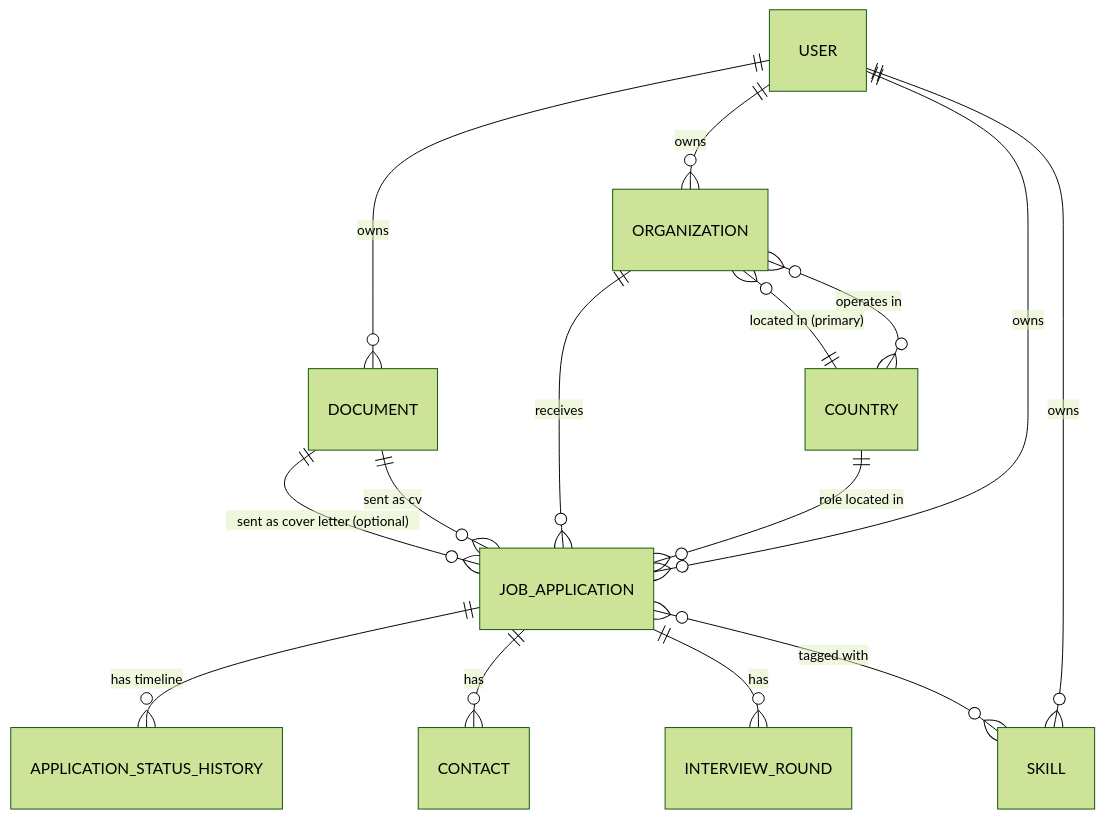
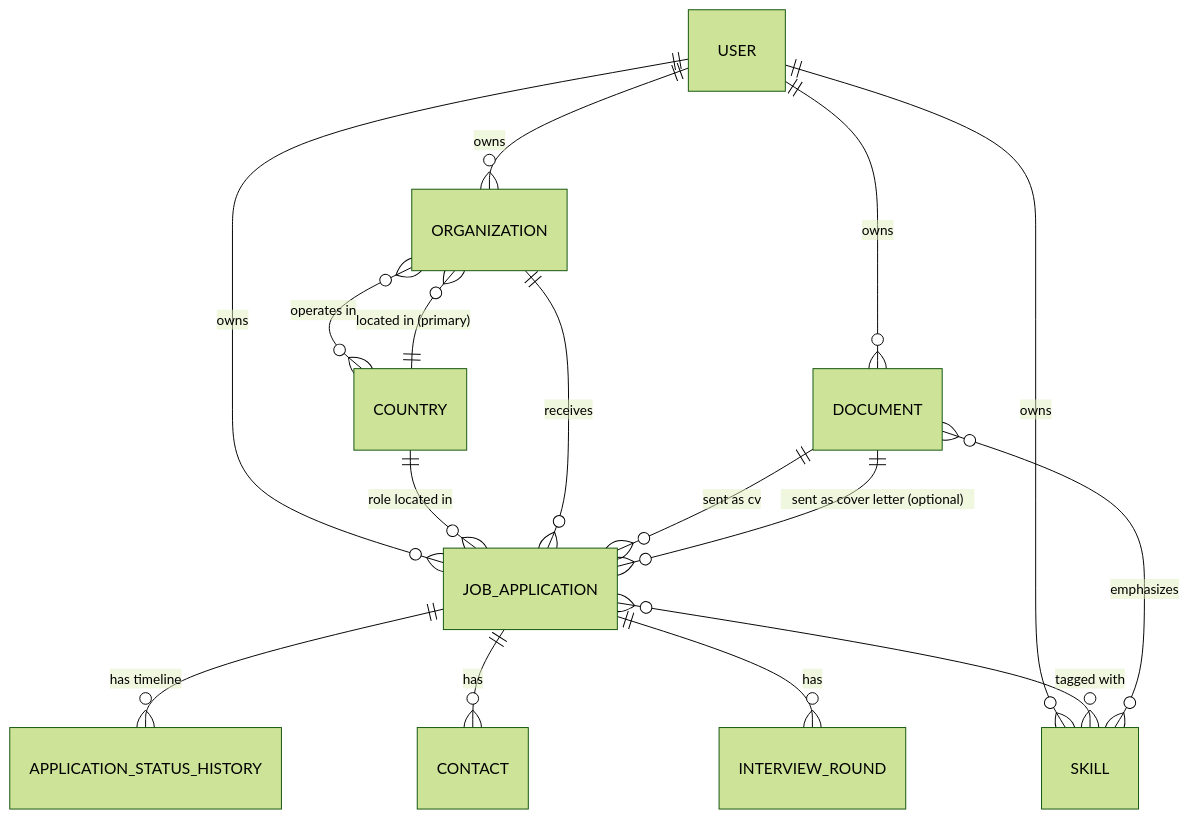
One commit to mihai2000q/CvTracker changed the diagram in docs/01-domain-model.md. Above: the diagram before and after it, drawn with Mermaid (forest theme). The commit also changed other lines of this file and 15 other files, not shown here.

````diff
--- a/docs/01-domain-model.md
+++ b/docs/01-domain-model.md
@@ -169,17 +182,18 @@
 ```mermaid
 erDiagram
     USER ||--o{ ORGANIZATION : "owns"
     USER ||--o{ DOCUMENT : "owns"
     USER ||--o{ SKILL : "owns"
     USER ||--o{ JOB_APPLICATION : "owns"
     COUNTRY ||--o{ ORGANIZATION : "located in (primary)"
     COUNTRY ||--o{ JOB_APPLICATION : "role located in"
     ORGANIZATION }o--o{ COUNTRY : "operates in"
     ORGANIZATION ||--o{ JOB_APPLICATION : "receives"
     DOCUMENT ||--o{ JOB_APPLICATION : "sent as cv"
     DOCUMENT ||--o{ JOB_APPLICATION : "sent as cover letter (optional)"
     JOB_APPLICATION ||--o{ APPLICATION_STATUS_HISTORY : "has timeline"
     JOB_APPLICATION ||--o{ CONTACT : "has"
     JOB_APPLICATION ||--o{ INTERVIEW_ROUND : "has"
     JOB_APPLICATION }o--o{ SKILL : "tagged with"
+    DOCUMENT }o--o{ SKILL : "emphasizes"
 ```
````
